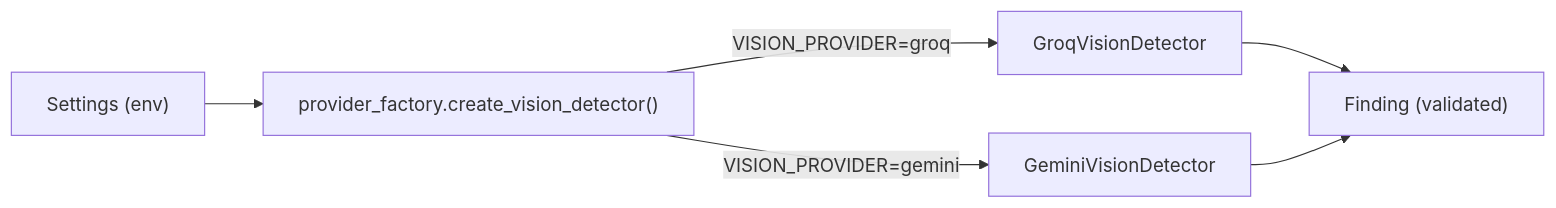
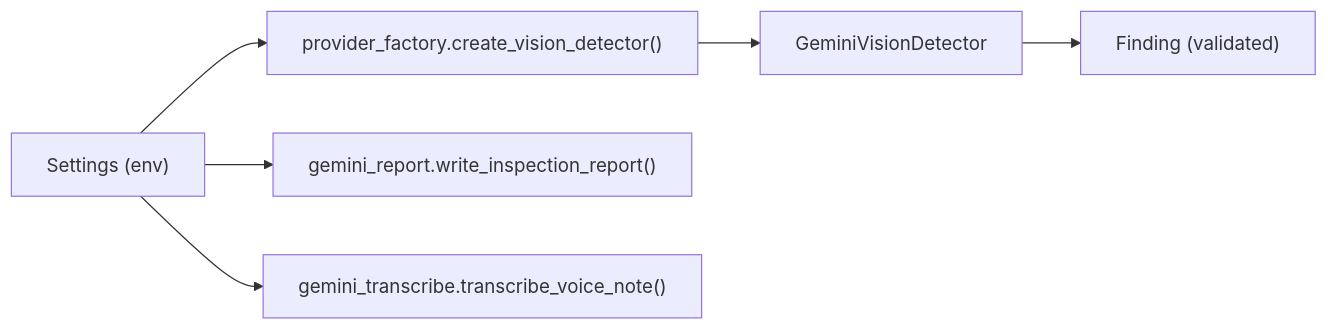
Before and after one commit to HamzaShafiq44/FieldMark: the fourth of 4 diagrams in ARCHITECTURE.md, drawn with Mermaid. The commit also changed other lines of this file and 6 other files, not shown here.

Commit message:
Updated README and ARCHITECTURE

````diff
--- a/ARCHITECTURE.md
+++ b/ARCHITECTURE.md
@@ -416,8 +468,8 @@
 ```mermaid
 flowchart LR
     Settings["Settings (env)"] --> Factory["provider_factory.create_vision_detector()"]
-    Factory -->|"VISION_PROVIDER=groq"| G["GroqVisionDetector"]
-    Factory -->|"VISION_PROVIDER=gemini"| Gm["GeminiVisionDetector"]
+    Factory --> G["GeminiVisionDetector"]
     G --> Finding["Finding (validated)"]
-    Gm --> Finding
+    Settings --> Writer["gemini_report.write_inspection_report()"]
+    Settings --> Transcribe["gemini_transcribe.transcribe_voice_note()"]
 ```
````
